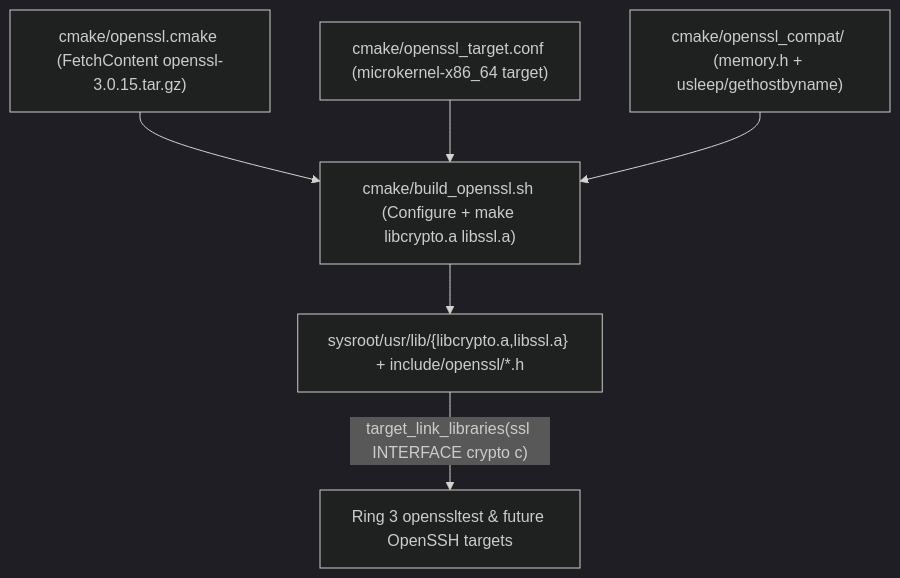
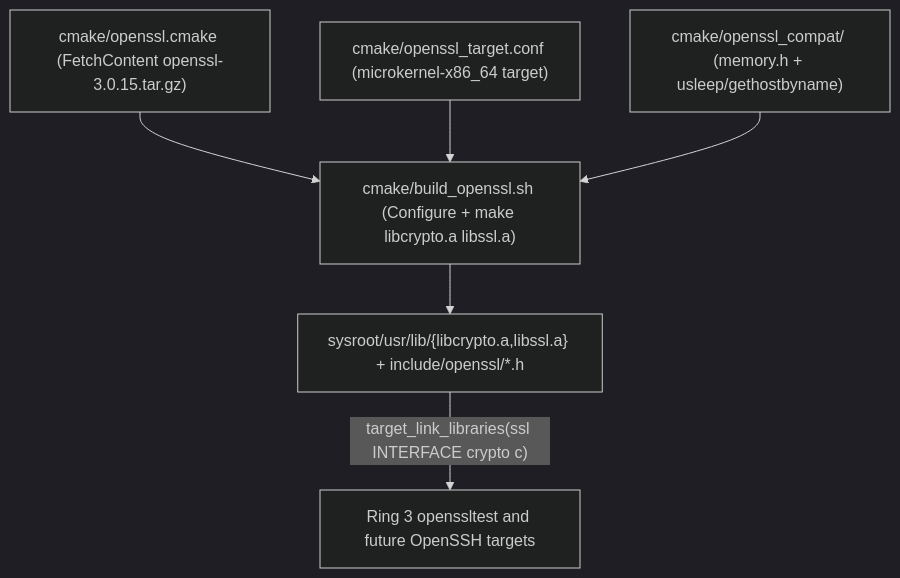
The diagram in docs/30-architecture/adr/ADR_0056.md (Deniz-Eren/microkernel), drawn with Mermaid (dark theme) before and after one commit. The commit also changed other lines of this file and 151 other files, not shown here.

````diff
--- a/docs/30-architecture/adr/ADR_0056.md
+++ b/docs/30-architecture/adr/ADR_0056.md
@@ -23,15 +23,15 @@
 ```mermaid
 flowchart TD
     CMAKE["cmake/openssl.cmake (FetchContent openssl-3.0.15.tar.gz)"]
     CONF["cmake/openssl_target.conf (microkernel-x86_64 target)"]
     SCRIPT["cmake/build_openssl.sh (Configure + make libcrypto.a libssl.a)"]
     SHIM["cmake/openssl_compat/ (memory.h + usleep/gethostbyname)"]
     SYS["sysroot/usr/lib/{libcrypto.a,libssl.a} + include/openssl/*.h"]
-    TEST["Ring 3 openssltest & future OpenSSH targets"]
+    TEST["Ring 3 openssltest and future OpenSSH targets"]
 
     CMAKE --> SCRIPT
     CONF --> SCRIPT
     SHIM --> SCRIPT
     SCRIPT --> SYS
     SYS -->|"target_link_libraries(ssl INTERFACE crypto c)"| TEST
 ```
````
